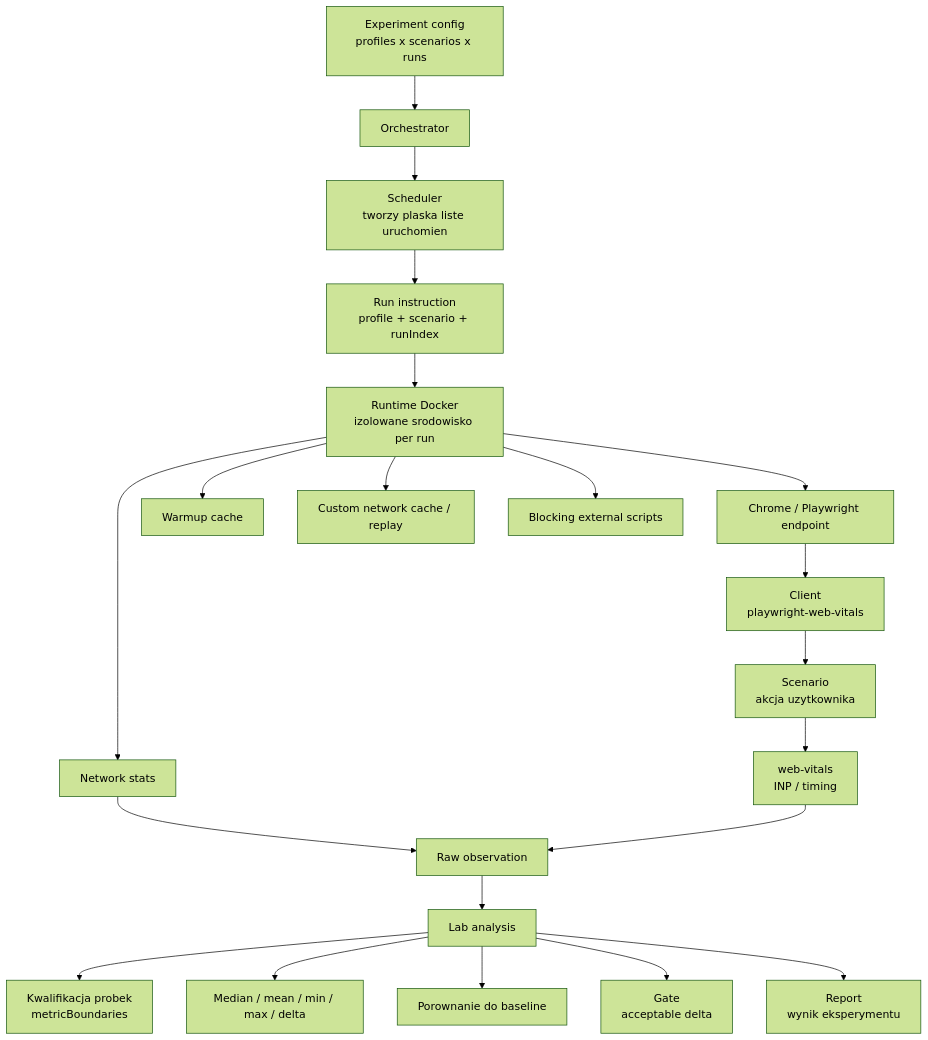
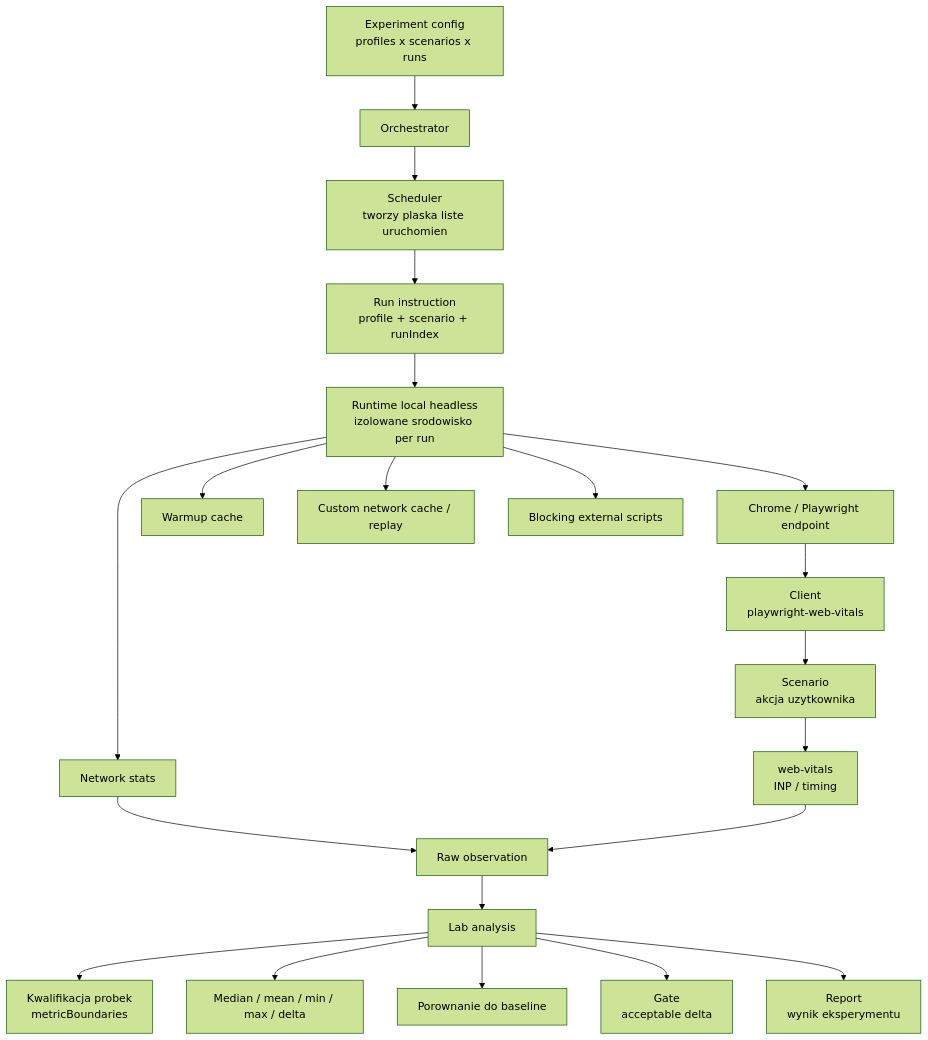
The first of 3 diagrams in README.md (Gitarzysta92/cwv-inp-testbench), drawn with Mermaid (forest theme) before and after one commit. The commit also changed other lines of this file and 16 other files, not shown here.

First line of the commit message:
Use headless Euro runtime and disable broken promo scenario

````diff
--- a/README.md
+++ b/README.md
@@ -15,31 +15,31 @@
 ```mermaid
 flowchart TD
   A["Experiment config<br/>profiles x scenarios x runs"] --> B["Orchestrator"]
 
   B --> C["Scheduler<br/>tworzy plaska liste uruchomien"]
   C --> D["Run instruction<br/>profile + scenario + runIndex"]
 
-  D --> E["Runtime Docker<br/>izolowane srodowisko per run"]
+  D --> E["Runtime local headless<br/>izolowane srodowisko per run"]
 
   E --> E1["Chrome / Playwright endpoint"]
   E --> E2["Warmup cache"]
   E --> E3["Custom network cache / replay"]
   E --> E4["Blocking external scripts"]
   E --> E5["Network stats"]
 
   E1 --> F["Client<br/>playwright-web-vitals"]
 
   F --> G["Scenario<br/>akcja uzytkownika"]
   G --> H["web-vitals<br/>INP / timing"]
   E5 --> I["Raw observation"]
 
   H --> I
   I --> J["Lab analysis"]
 
   J --> J1["Kwalifikacja probek<br/>metricBoundaries"]
   J --> J2["Median / mean / min / max / delta"]
   J --> J3["Porownanie do baseline"]
   J --> J4["Gate<br/>acceptable delta"]
 
   J --> K["Report<br/>wynik eksperymentu"]
 ```
````
